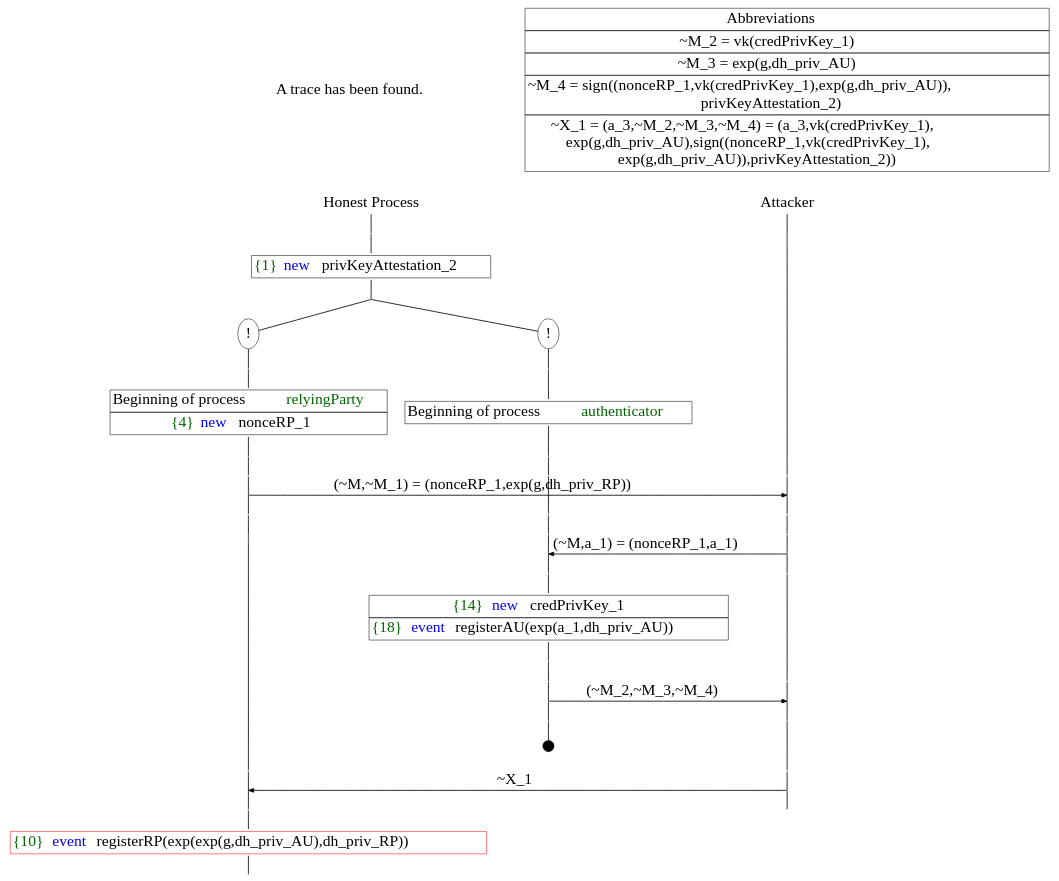
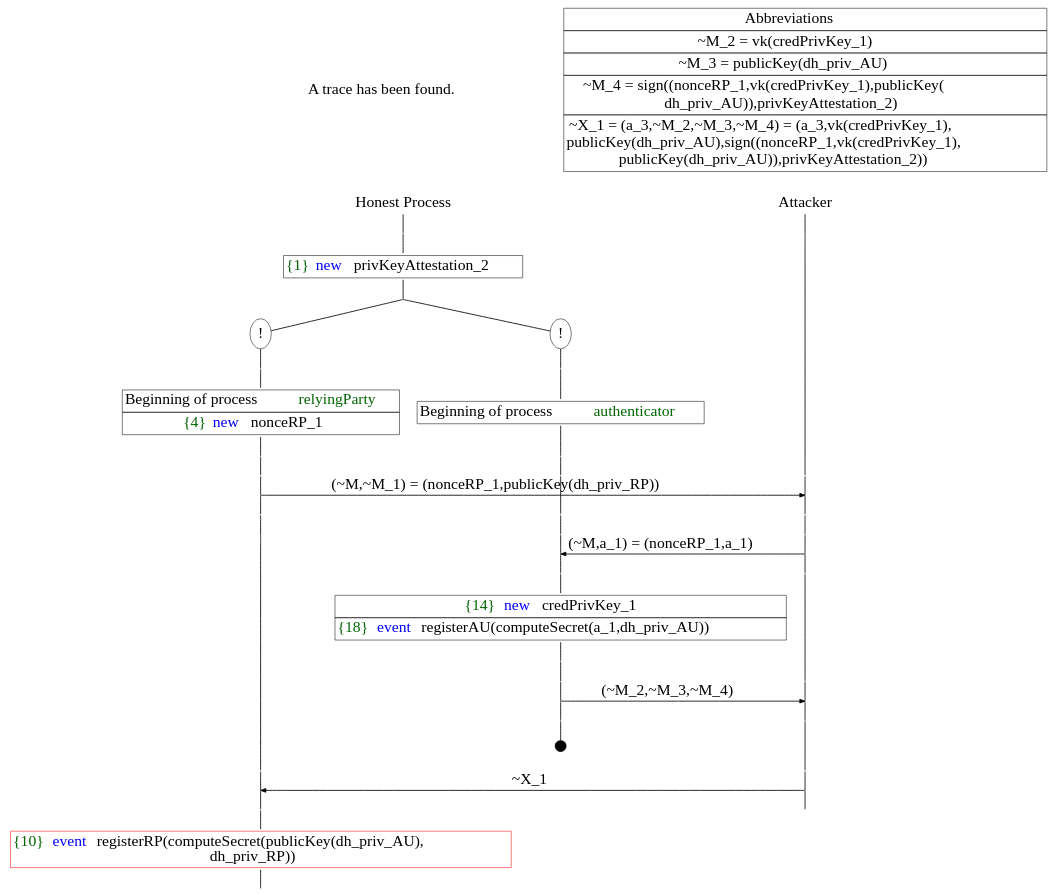
One commit to Digital-Security-Lab/protecting-fido-extensions-proverif changed the diagram in results/registration_v1_trace1.dot. Above: the diagram before and after it, drawn with Graphviz. The commit also changed 5 other files, not shown here.

```diff
--- a/results/registration_v1_trace1.dot
+++ b/results/registration_v1_trace1.dot
@@ -1,89 +1,90 @@
 digraph {
 graph [ordering = out]
 edge [arrowhead = none, penwidth = 1.6, fontsize = 30]
 node [shape = point, width = 0, height = 0, fontsize = 30]
 Trace [label = <A trace has been found.<br/>
 >, shape = plaintext]
 P0__0 [label = "Honest Process", shape = plaintext]
 P__0 [label = "Attacker", shape = plaintext]
 Trace -> P0__0 [label = "", style = invisible, weight = 100]{rank = same; P0__0 P__0}
 P0__0 -> P0__1 [label = <>, weight = 100]
 P0__1 -> P0__2 [label = <>, weight = 100]
 P0__2 [shape = plaintext, label = <<TABLE BORDER="0" CELLBORDER="1" CELLSPACING="0" CELLPADDING="4"> <TR><TD><FONT COLOR="darkgreen">{1}</FONT><FONT COLOR="blue">new </FONT>privKeyAttestation_2</TD></TR></TABLE>>]
 P0__2 -> P0__3 [label = <>, weight = 100]
 /*RPar */
 P0__3 -> P0_1__3 [label = <>]
 P0__3 -> P0_0__3 [label = <>]
 P0__3 [label = "", fixedsize = false, width = 0, height = 0, shape = none]
 {rank = same; P0_0__3 P0_1__3}
 P0_0__3 [label = "!", shape = ellipse]
 P0_0_0__3 [label = "", fixedsize = false, width = 0, height = 0, shape = none]
 P0_0__3 -> P0_0_0__3 [label = <>, weight = 100]
 P0_0_0__3 -> P0_0_0__4 [label = <>, weight = 100]
 P0_0_0__4 [shape = plaintext, label = <<TABLE BORDER="0" CELLBORDER="1" CELLSPACING="0" CELLPADDING="4"> <TR><TD>Beginning of process <FONT COLOR="darkgreen">authenticator</FONT></TD></TR></TABLE>>]
 P0_0_0__4 -> P0_0_0__5 [label = <>, weight = 100]
 P0_1__3 [label = "!", shape = ellipse]
 P0_1_0__3 [label = "", fixedsize = false, width = 0, height = 0, shape = none]
 P0_1__3 -> P0_1_0__3 [label = <>, weight = 100]
 P0_1_0__3 -> P0_1_0__4 [label = <>, weight = 100]
 P0_1_0__4 [shape = plaintext, label = <<TABLE BORDER="0" CELLBORDER="1" CELLSPACING="0" CELLPADDING="4"> <TR><TD>Beginning of process <FONT COLOR="darkgreen">relyingParty</FONT></TD></TR><TR><TD><FONT COLOR="darkgreen">{4}</FONT><FONT COLOR="blue">new </FONT>nonceRP_1</TD></TR></TABLE>>]
 P0_1_0__4 -> P0_1_0__5 [label = <>, weight = 100]
 P0_1_0__5 -> P0_1_0__6 [label = <>, weight = 100]
 P0_0_0__5 -> P0_0_0__6 [label = <>, weight = 100]
 P__0 -> P__1 [label = <>, weight = 100]
 {rank = same; P__1 P0_0_0__6 P0_1_0__6}
 P0_1_0__6 -> P0_1_0__7 [label = <>, weight = 100]
 P__1 -> P__2 [label = <>, weight = 100]
 {rank = same; P__2 P0_1_0__7}
-P0_1_0__7 -> P__2 [label = <(~M,~M_1) = (nonceRP_1,exp(g,dh_priv_RP))>, arrowhead = normal]
+P0_1_0__7 -> P__2 [label = <(~M,~M_1) = (nonceRP_1,publicKey(dh_priv_RP))>, arrowhead = normal]
 P0_1_0__7 -> P0_1_0__8 [label = <>, weight = 100]
 P0_0_0__6 -> P0_0_0__7 [label = <>, weight = 100]
 P__2 -> P__3 [label = <>, weight = 100]
 {rank = same; P__3 P0_0_0__7 P0_1_0__8}
 P0_0_0__7 -> P0_0_0__8 [label = <>, weight = 100]
 P__3 -> P__4 [label = <>, weight = 100]
 {rank = same; P__4 P0_0_0__8}
 P0_0_0__8 -> P0_0_0__9 [label = <>, weight = 100]
 P__4 -> P__5 [label = <>, weight = 100]
 {rank = same; P__5 P0_0_0__9}
 P0_0_0__9 -> P__5 [label = <(~M,a_1) = (nonceRP_1,a_1)>, dir = back, arrowhead = normal]
 P0_0_0__9 -> P0_0_0__10 [label = <>, weight = 100]
 P__5 -> P__6 [label = <>, weight = 100]
 {rank = same; P__6 P0_0_0__10}
 P0_0_0__10 -> P0_0_0__11 [label = <>, weight = 100]
-P0_0_0__11 [shape = plaintext, label = <<TABLE BORDER="0" CELLBORDER="1" CELLSPACING="0" CELLPADDING="4"> <TR><TD><FONT COLOR="darkgreen">{14}</FONT><FONT COLOR="blue">new </FONT>credPrivKey_1</TD></TR><TR><TD><FONT COLOR="darkgreen">{18}</FONT><FONT COLOR="blue">event</FONT> registerAU(exp(a_1,dh_priv_AU))</TD></TR></TABLE>>]
+P0_0_0__11 [shape = plaintext, label = <<TABLE BORDER="0" CELLBORDER="1" CELLSPACING="0" CELLPADDING="4"> <TR><TD><FONT COLOR="darkgreen">{14}</FONT><FONT COLOR="blue">new </FONT>credPrivKey_1</TD></TR><TR><TD><FONT COLOR="darkgreen">{18}</FONT><FONT COLOR="blue">event</FONT> registerAU(computeSecret(a_1,dh_priv_AU))<br/>
+</TD></TR></TABLE>>]
 P0_0_0__11 -> P0_0_0__12 [label = <>, weight = 100]
 P0_0_0__12 -> P0_0_0__13 [label = <>, weight = 100]
 P__6 -> P__7 [label = <>, weight = 100]
 {rank = same; P__7 P0_0_0__13}
 P0_0_0__13 -> P0_0_0__14 [label = <>, weight = 100]
 P__7 -> P__8 [label = <>, weight = 100]
 {rank = same; P__8 P0_0_0__14}
 P0_0_0__14 -> P__8 [label = <(~M_2,~M_3,~M_4)>, arrowhead = normal]
 P0_0_0__14 -> P0_0_0__15 [label = <>, weight = 100]
 P__8 -> P__9 [label = <>, weight = 100]
 {rank = same; P__9 P0_0_0__15}
 P0_0_0__16 [label = "", width = 0.3, height = 0.3]
 P0_0_0__15 -> P0_0_0__16 [label = <>, weight = 100]
 P0_1_0__8 -> P0_1_0__9 [label = <>, weight = 100]
 P0_0_0__17 [label = "", style = invisible]
 P0_0_0__16 -> P0_0_0__17 [label = <>, weight = 100, style = invisible]
 P__9 -> P__10 [label = <>, weight = 100]
 {rank = same; P__10 P0_0_0__17 P0_1_0__9}
 P0_1_0__9 -> P0_1_0__10 [label = <>, weight = 100]
 P__10 -> P__11 [label = <>, weight = 100]
 {rank = same; P__11 P0_1_0__10}
 P0_1_0__10 -> P__11 [label = <~X_1>, dir = back, arrowhead = normal]
 P0_1_0__10 -> P0_1_0__11 [label = <>, weight = 100]
 P0_0_0__18 [label = "", style = invisible]
 P0_0_0__17 -> P0_0_0__18 [label = <>, weight = 100, style = invisible]
 P__11 -> P__12 [label = <>, weight = 100]
 {rank = same; P__12 P0_0_0__18 P0_1_0__11}
 P0_1_0__11 -> P0_1_0__12 [label = <>, weight = 100]
-P0_1_0__12 [color = red, shape = plaintext, label = <<TABLE BORDER="0" CELLBORDER="1" CELLSPACING="0" CELLPADDING="4"> <TR><TD><FONT COLOR="darkgreen">{10}</FONT><FONT COLOR="blue">event</FONT> registerRP(exp(exp(g,dh_priv_AU),dh_priv_RP))<br/>
-</TD></TR></TABLE>>]
+P0_1_0__12 [color = red, shape = plaintext, label = <<TABLE BORDER="0" CELLBORDER="1" CELLSPACING="0" CELLPADDING="4"> <TR><TD><FONT COLOR="darkgreen">{10}</FONT><FONT COLOR="blue">event</FONT> registerRP(computeSecret(publicKey(dh_priv_AU),<br/>
+dh_priv_RP))</TD></TR></TABLE>>]
 P0_1_0__12 -> P0_1_0__13 [label = <>, weight = 100]
-Abbrev [shape = plaintext, label = <<TABLE BORDER="0" CELLBORDER="1" CELLSPACING="0" CELLPADDING="4"><TR> <TD> Abbreviations </TD></TR><TR><TD>~M_2 = vk(credPrivKey_1)</TD></TR><TR><TD>~M_3 = exp(g,dh_priv_AU)</TD></TR><TR><TD>~M_4 = sign((nonceRP_1,vk(credPrivKey_1),exp(g,dh_priv_AU)),<br/>
-privKeyAttestation_2)</TD></TR><TR><TD>~X_1 = (a_3,~M_2,~M_3,~M_4) = (a_3,vk(credPrivKey_1),<br/>
-exp(g,dh_priv_AU),sign((nonceRP_1,vk(credPrivKey_1),<br/>
-exp(g,dh_priv_AU)),privKeyAttestation_2))</TD></TR></TABLE>>]Abbrev -> P__0 [style = invisible, weight =100]}
+Abbrev [shape = plaintext, label = <<TABLE BORDER="0" CELLBORDER="1" CELLSPACING="0" CELLPADDING="4"><TR> <TD> Abbreviations </TD></TR><TR><TD>~M_2 = vk(credPrivKey_1)</TD></TR><TR><TD>~M_3 = publicKey(dh_priv_AU)</TD></TR><TR><TD>~M_4 = sign((nonceRP_1,vk(credPrivKey_1),publicKey(<br/>
+dh_priv_AU)),privKeyAttestation_2)</TD></TR><TR><TD>~X_1 = (a_3,~M_2,~M_3,~M_4) = (a_3,vk(credPrivKey_1),<br/>
+publicKey(dh_priv_AU),sign((nonceRP_1,vk(credPrivKey_1),<br/>
+publicKey(dh_priv_AU)),privKeyAttestation_2))</TD></TR></TABLE>>]Abbrev -> P__0 [style = invisible, weight =100]}
```
